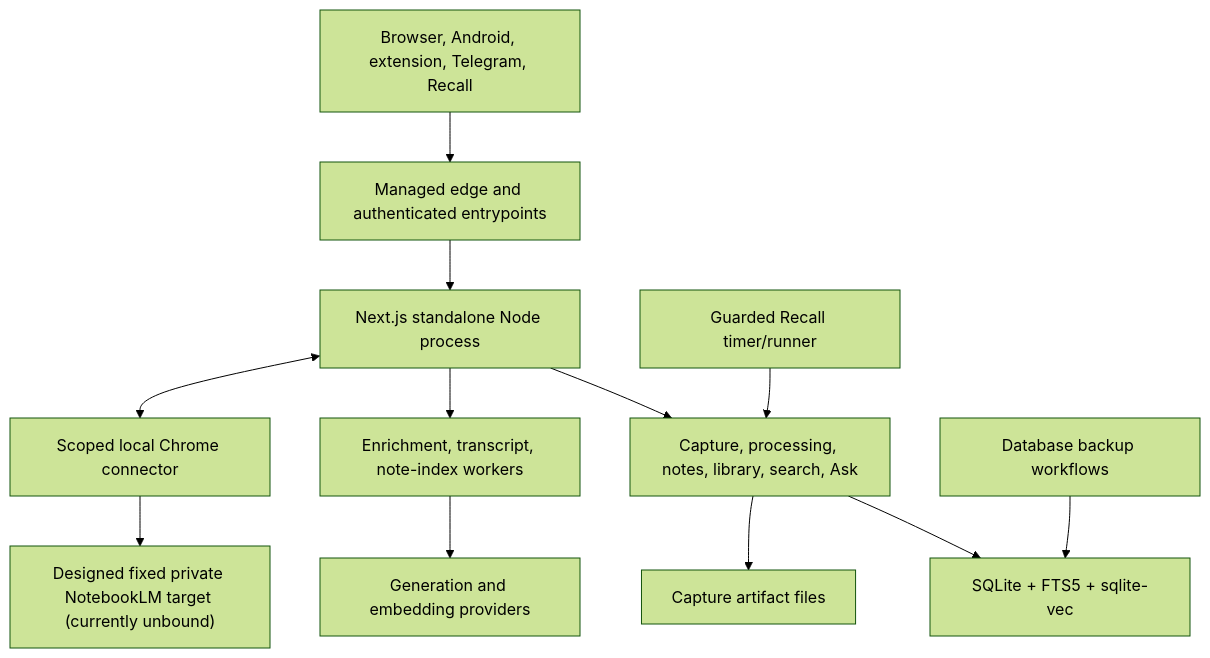
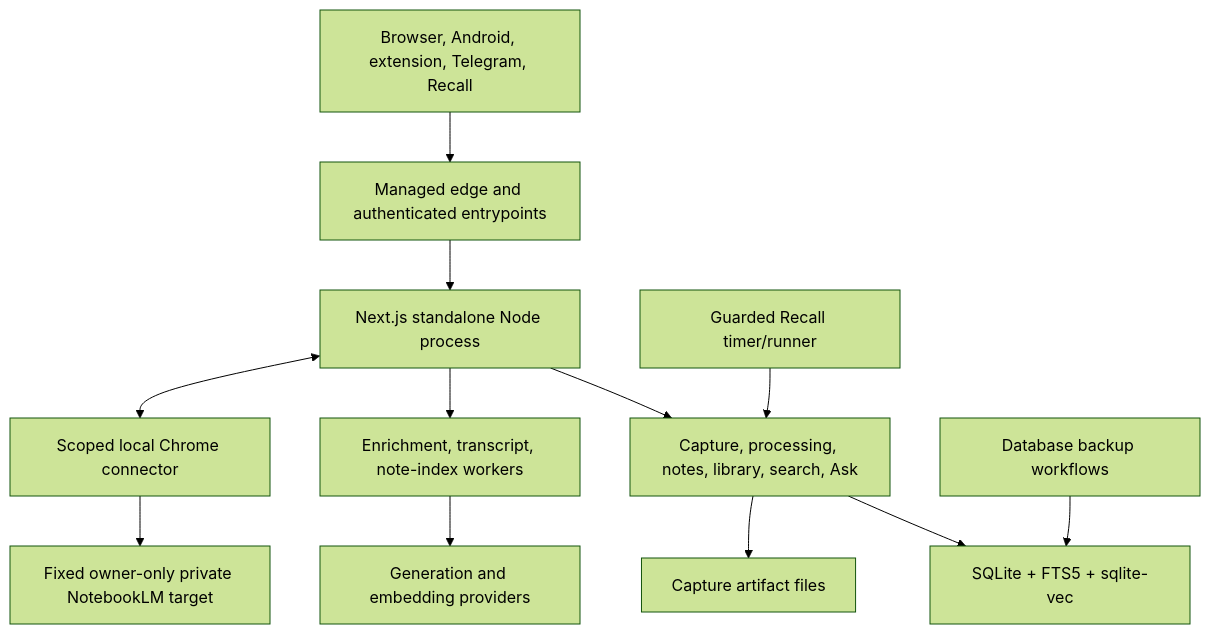
Before and after one commit to arunpr614/ai-brain: the diagram in docs/wiki/System-Architecture.md, drawn with Mermaid (forest theme). The commit also changed other lines of this file and 28 other files, not shown here.

````diff
--- a/docs/wiki/System-Architecture.md
+++ b/docs/wiki/System-Architecture.md
@@ -10,14 +10,14 @@
 ```mermaid
 flowchart TB
   clients["Browser, Android, extension, Telegram, Recall"] --> edge["Managed edge and authenticated entrypoints"]
   edge --> web["Next.js standalone Node process"]
   web --> domain["Capture, processing, notes, library, search, Ask"]
   domain --> db["SQLite + FTS5 + sqlite-vec"]
   domain --> artifacts["Capture artifact files"]
   web --> workers["Enrichment, transcript, note-index workers"]
   workers --> providers["Generation and embedding providers"]
   web <--> connector["Scoped local Chrome connector"]
-  connector --> notebooklm["Designed fixed private NotebookLM target (currently unbound)"]
+  connector --> notebooklm["Fixed owner-only private NotebookLM target"]
   recall["Guarded Recall timer/runner"] --> domain
   backups["Database backup workflows"] --> db
 ```
````
